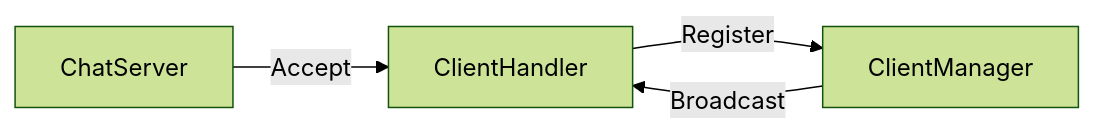
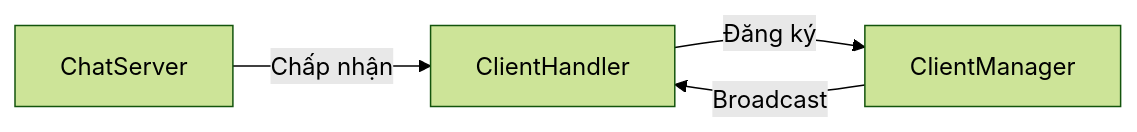
Before and after one commit to QuocVinhTrinhLam/SecureChat-System: the second of 6 diagrams in docs/ARCHITECTURE.md, drawn with Mermaid (forest theme). The commit also changed other lines of this file and 2 other files, not shown here.

````diff
--- a/docs/ARCHITECTURE.md
+++ b/docs/ARCHITECTURE.md
@@ -75,6 +75,6 @@
 ```mermaid
 flowchart LR
-    A[ChatServer] -->|Accept| B[ClientHandler]
-    B -->|Register| C[ClientManager]
+    A[ChatServer] -->|Chấp nhận| B[ClientHandler]
+    B -->|Đăng ký| C[ClientManager]
     C -->|Broadcast| B
 ```
````
